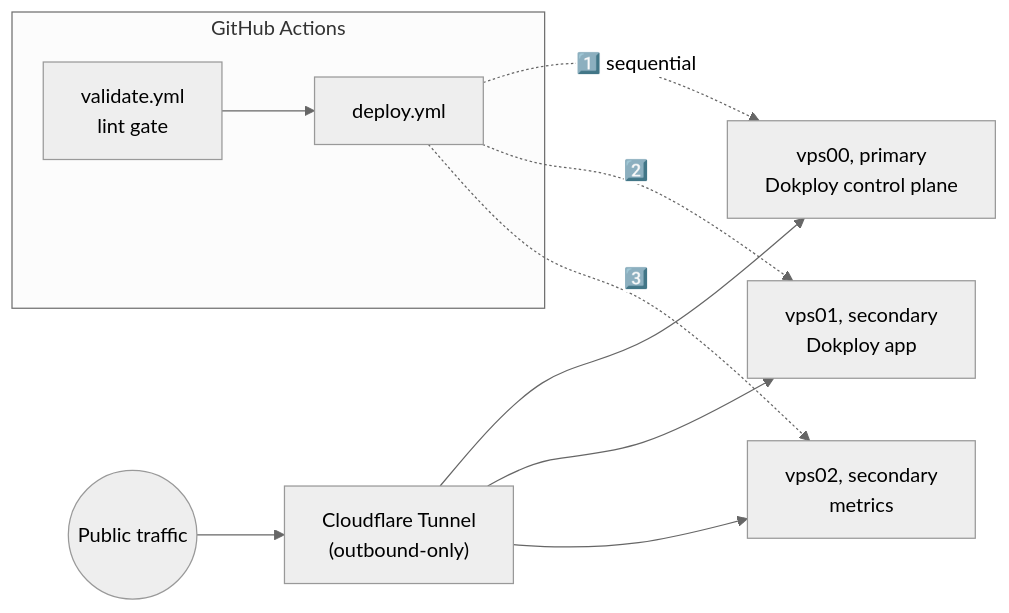
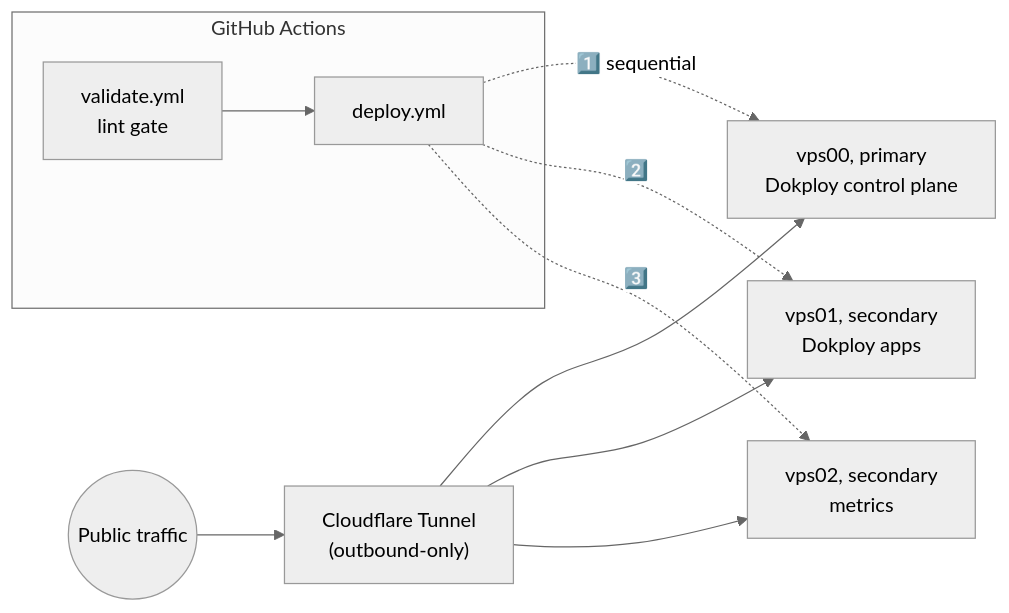
One commit to nineW0nW0n/homelab-but-the-home-is-silent changed the diagram in README.md. Above: the diagram before and after it, drawn with Mermaid (neutral theme). The commit also changed other lines of this file and 6 other files, not shown here.

````diff
--- a/README.md
+++ b/README.md
@@ -40,15 +43,15 @@
 ```mermaid
 flowchart LR
     internet(("Public traffic")) --> tunnel["Cloudflare Tunnel\n(outbound-only)"]
     tunnel --> vps00["vps00, primary\nDokploy control plane"]
-    tunnel --> vps01["vps01, secondary\nDokploy app"]
+    tunnel --> vps01["vps01, secondary\nDokploy apps"]
     tunnel --> vps02["vps02, secondary\nmetrics"]
 
     subgraph ci["GitHub Actions"]
         validate["validate.yml\nlint gate"] --> deploy["deploy.yml"]
     end
 
     deploy -. "1️⃣ sequential" .-> vps00
     deploy -. "2️⃣" .-> vps01
     deploy -. "3️⃣" .-> vps02
 ```
````
